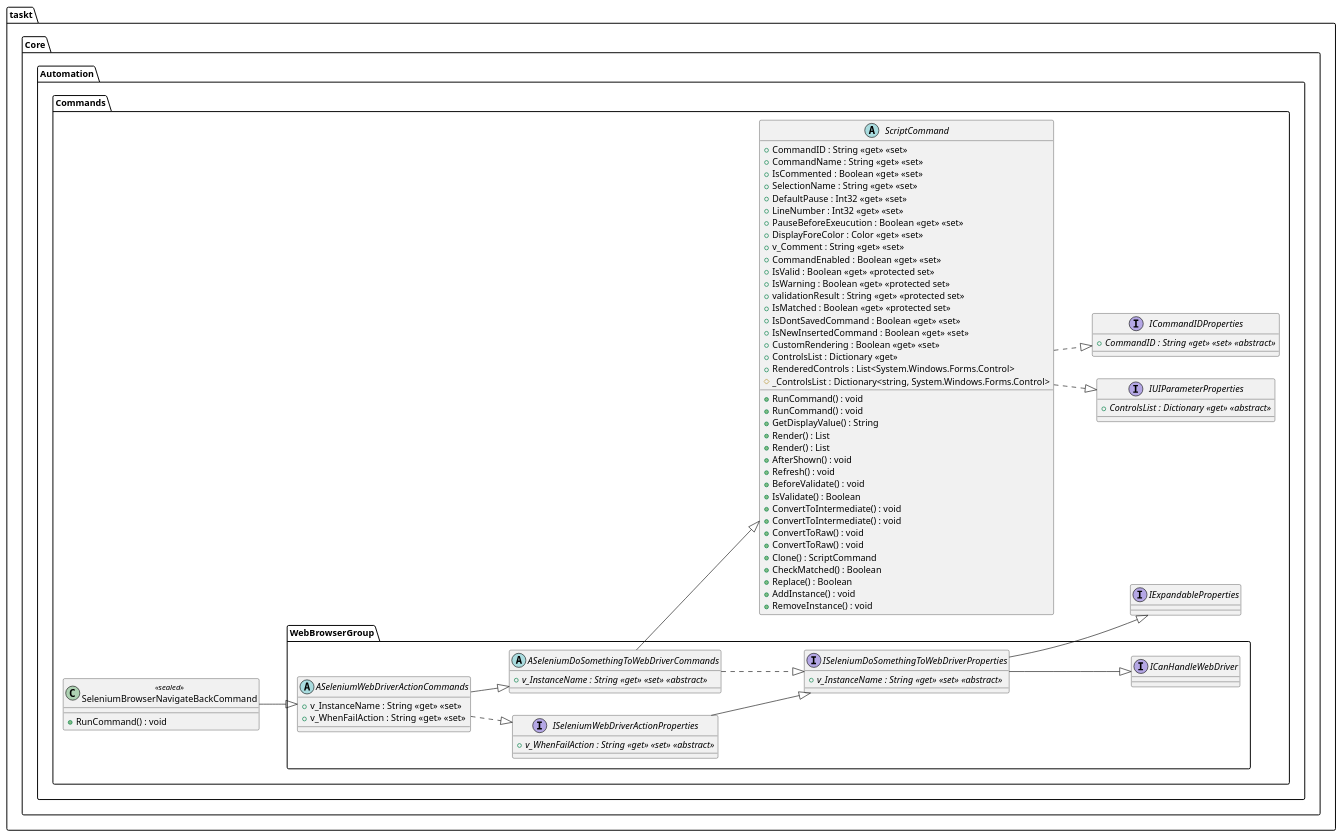
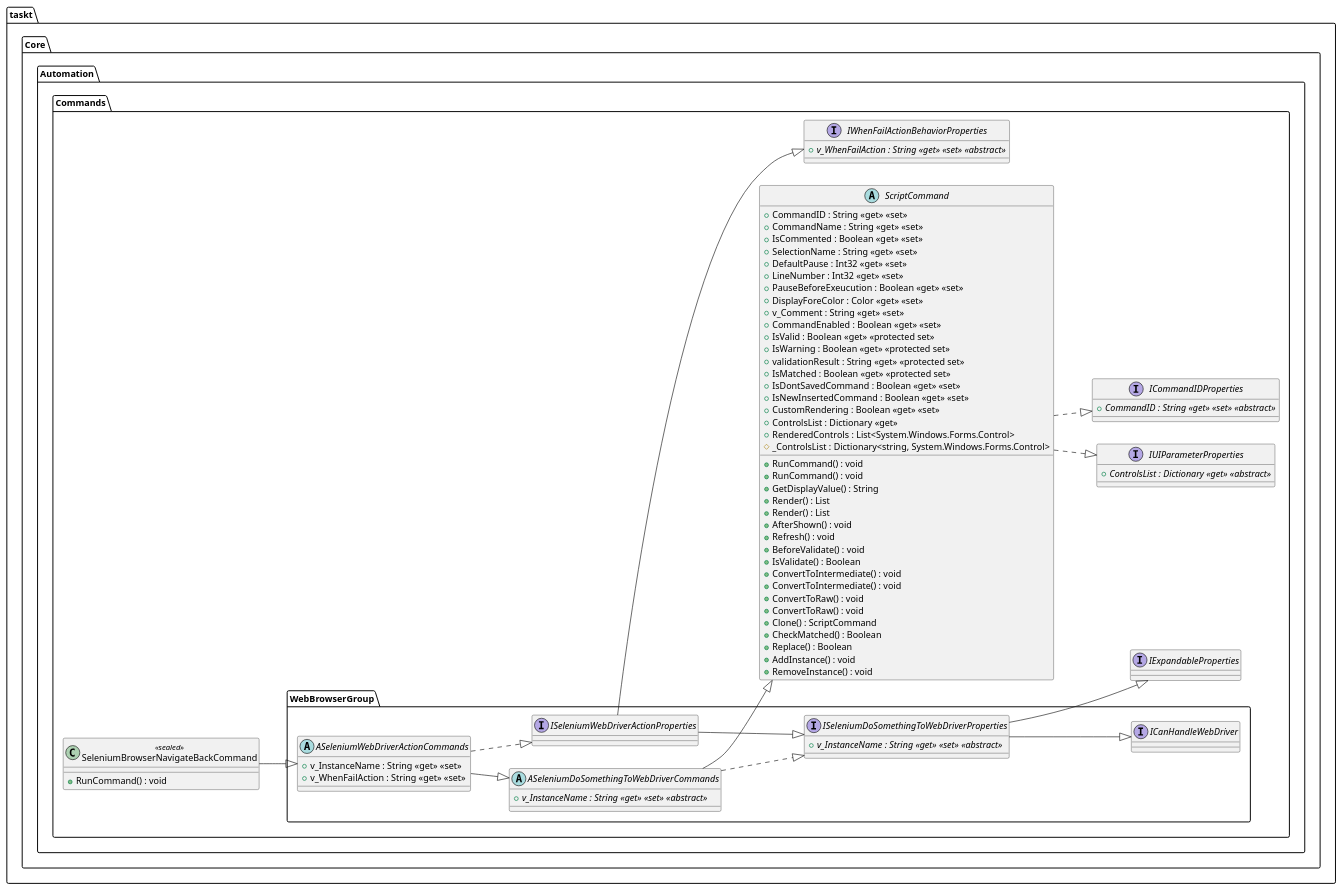
The diagram in taskt/Core/Automation/Commands/WebBrowserGroup/SeleniumBrowserNavigateBackCommand.puml (saucepleez/taskt), drawn with PlantUML before and after one commit. The commit also changed 106 other files, not shown here.

```diff
--- a/taskt/Core/Automation/Commands/WebBrowserGroup/SeleniumBrowserNavigateBackCommand.puml
+++ b/taskt/Core/Automation/Commands/WebBrowserGroup/SeleniumBrowserNavigateBackCommand.puml
@@ -1,109 +1,115 @@
 @startuml
 left to right direction
 package "taskt.Core.Automation.Commands"{
 class "SeleniumBrowserNavigateBackCommand" <<sealed>> {
 +RunCommand() : void 
 }
 }
 
 package "taskt.Core.Automation.Commands.WebBrowserGroup"{
 abstract class "ASeleniumWebDriverActionCommands"{
 +v_InstanceName : String <<get>> <<set>> 
 +v_WhenFailAction : String <<get>> <<set>> 
 }
 }
 
 package "taskt.Core.Automation.Commands.WebBrowserGroup"{
 abstract class "ASeleniumDoSomethingToWebDriverCommands"{
 +{abstract} v_InstanceName : String <<get>> <<set>> <<abstract>> 
 }
 }
 
 package "taskt.Core.Automation.Commands.WebBrowserGroup"{
 Interface "ISeleniumWebDriverActionProperties" {
-+{abstract} v_WhenFailAction : String <<get>> <<set>> <<abstract>> 
 }
 }
 
 package "taskt.Core.Automation.Commands"{
 abstract class "ScriptCommand"{
 +RunCommand() : void 
 +RunCommand() : void 
 +GetDisplayValue() : String
 +Render() : List
 +Render() : List
 +AfterShown() : void 
 +Refresh() : void 
 +BeforeValidate() : void 
 +IsValidate() : Boolean
 +ConvertToIntermediate() : void 
 +ConvertToIntermediate() : void 
 +ConvertToRaw() : void 
 +ConvertToRaw() : void 
 +Clone() : ScriptCommand
 +CheckMatched() : Boolean
 +Replace() : Boolean
 +AddInstance() : void 
 +RemoveInstance() : void 
 +CommandID : String <<get>> <<set>> 
 +CommandName : String <<get>> <<set>> 
 +IsCommented : Boolean <<get>> <<set>> 
 +SelectionName : String <<get>> <<set>> 
 +DefaultPause : Int32 <<get>> <<set>> 
 +LineNumber : Int32 <<get>> <<set>> 
 +PauseBeforeExeucution : Boolean <<get>> <<set>> 
 +DisplayForeColor : Color <<get>> <<set>> 
 +v_Comment : String <<get>> <<set>> 
 +CommandEnabled : Boolean <<get>> <<set>> 
 +IsValid : Boolean <<get>> <<protected set>>
 +IsWarning : Boolean <<get>> <<protected set>>
 +validationResult : String <<get>> <<protected set>>
 +IsMatched : Boolean <<get>> <<protected set>>
 +IsDontSavedCommand : Boolean <<get>> <<set>> 
 +IsNewInsertedCommand : Boolean <<get>> <<set>> 
 +CustomRendering : Boolean <<get>> <<set>> 
 +ControlsList : Dictionary <<get>> 
 +RenderedControls : List<System.Windows.Forms.Control>
 #_ControlsList : Dictionary<string, System.Windows.Forms.Control>
 }
 }
 
 package "taskt.Core.Automation.Commands.WebBrowserGroup"{
 Interface "ISeleniumDoSomethingToWebDriverProperties" {
 +{abstract} v_InstanceName : String <<get>> <<set>> <<abstract>> 
 }
 }
 
 package "taskt.Core.Automation.Commands"{
+Interface "IWhenFailActionBehaviorProperties" {
++{abstract} v_WhenFailAction : String <<get>> <<set>> <<abstract>> 
+}
+}
+
+package "taskt.Core.Automation.Commands"{
 Interface "IUIParameterProperties" {
 +{abstract} ControlsList : Dictionary <<get>> <<abstract>> 
 }
 }
 
 package "taskt.Core.Automation.Commands"{
 Interface "ICommandIDProperties" {
 +{abstract} CommandID : String <<get>> <<set>> <<abstract>> 
 }
 }
 
 package "taskt.Core.Automation.Commands.WebBrowserGroup"{
 Interface "ICanHandleWebDriver" {
 }
 }
 
 package "taskt.Core.Automation.Commands"{
 Interface "IExpandableProperties" {
 }
 }
 
 taskt.Core.Automation.Commands.SeleniumBrowserNavigateBackCommand --|> taskt.Core.Automation.Commands.WebBrowserGroup.ASeleniumWebDriverActionCommands
 taskt.Core.Automation.Commands.WebBrowserGroup.ASeleniumWebDriverActionCommands --|> taskt.Core.Automation.Commands.WebBrowserGroup.ASeleniumDoSomethingToWebDriverCommands
 taskt.Core.Automation.Commands.WebBrowserGroup.ASeleniumWebDriverActionCommands ..|> taskt.Core.Automation.Commands.WebBrowserGroup.ISeleniumWebDriverActionProperties
 taskt.Core.Automation.Commands.WebBrowserGroup.ASeleniumDoSomethingToWebDriverCommands --|> taskt.Core.Automation.Commands.ScriptCommand
 taskt.Core.Automation.Commands.WebBrowserGroup.ASeleniumDoSomethingToWebDriverCommands ..|> taskt.Core.Automation.Commands.WebBrowserGroup.ISeleniumDoSomethingToWebDriverProperties
 taskt.Core.Automation.Commands.WebBrowserGroup.ISeleniumWebDriverActionProperties --|> taskt.Core.Automation.Commands.WebBrowserGroup.ISeleniumDoSomethingToWebDriverProperties
+taskt.Core.Automation.Commands.WebBrowserGroup.ISeleniumWebDriverActionProperties --|> taskt.Core.Automation.Commands.IWhenFailActionBehaviorProperties
 taskt.Core.Automation.Commands.ScriptCommand ..|> taskt.Core.Automation.Commands.IUIParameterProperties
 taskt.Core.Automation.Commands.ScriptCommand ..|> taskt.Core.Automation.Commands.ICommandIDProperties
 taskt.Core.Automation.Commands.WebBrowserGroup.ISeleniumDoSomethingToWebDriverProperties --|> taskt.Core.Automation.Commands.WebBrowserGroup.ICanHandleWebDriver
 taskt.Core.Automation.Commands.WebBrowserGroup.ISeleniumDoSomethingToWebDriverProperties --|> taskt.Core.Automation.Commands.IExpandableProperties
 @enduml
```
